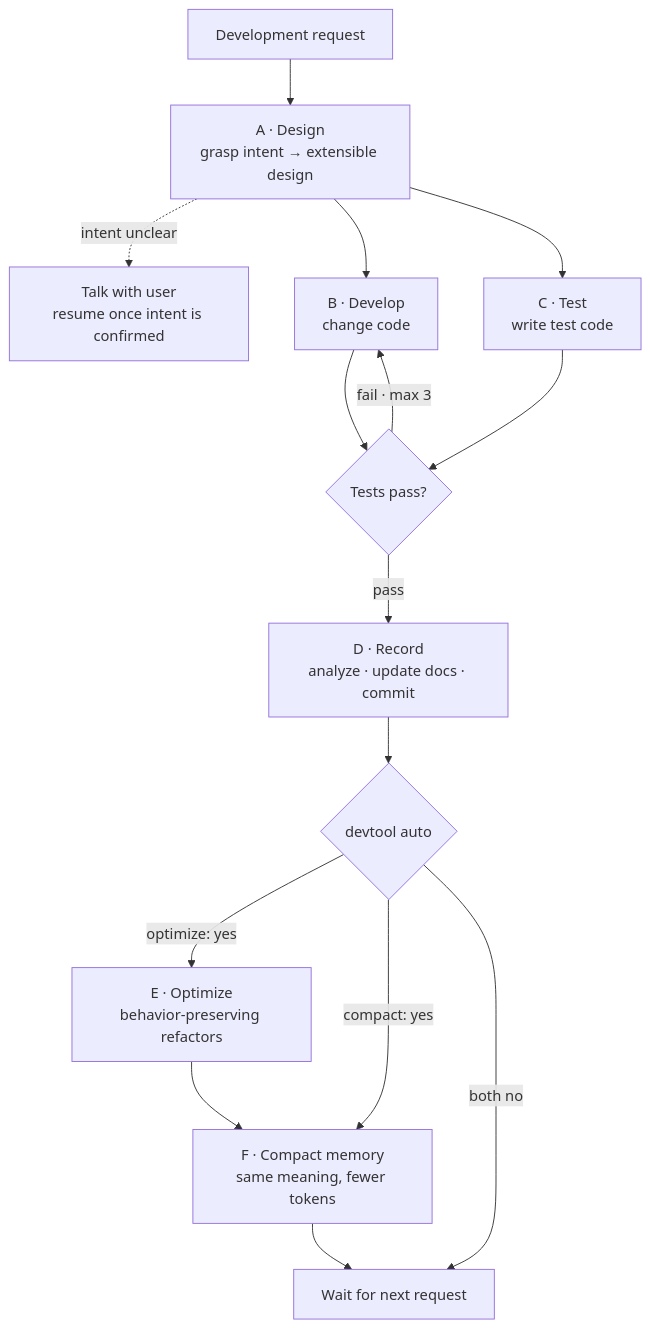
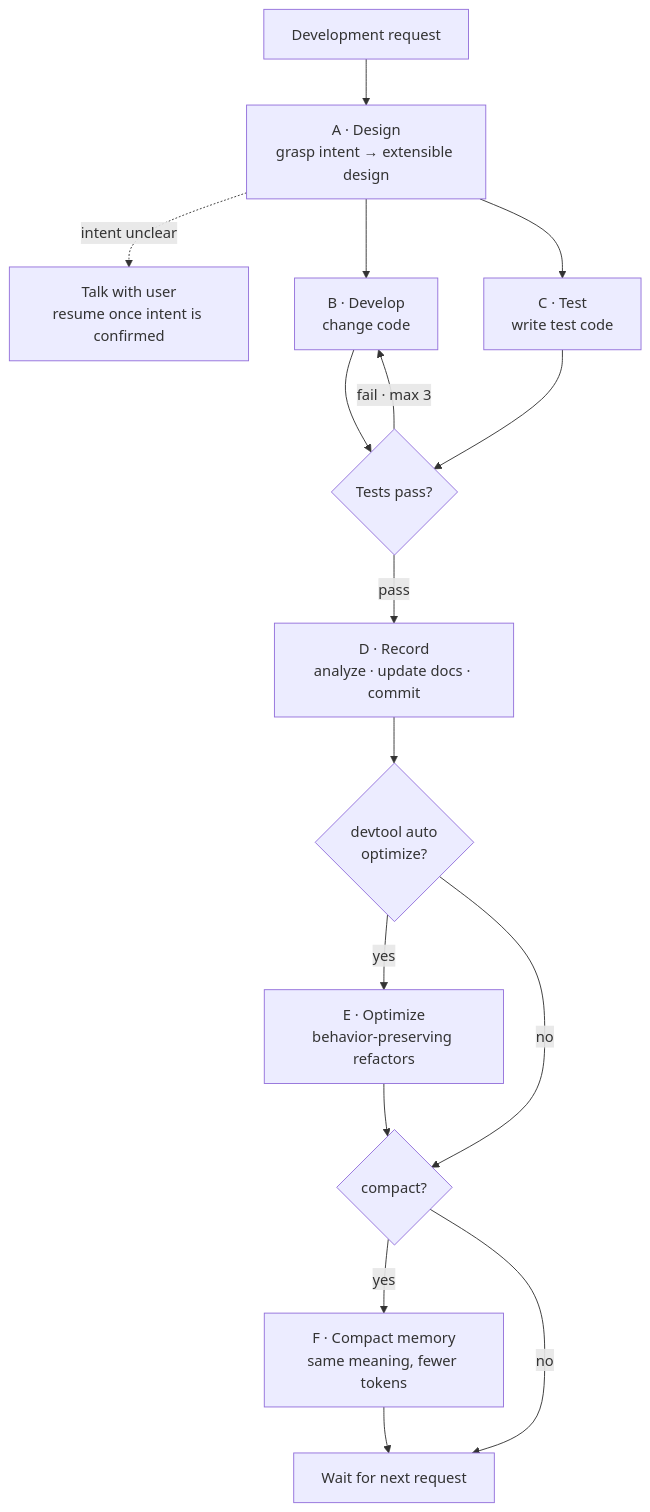
Before and after one commit to qkrwhdah03/work-pipeline: the first of 3 diagrams in dev/docs/design.md, drawn with Mermaid. The commit also changed other lines of this file and 16 other files, not shown here.

````diff
--- a/dev/docs/design.md
+++ b/dev/docs/design.md
@@ -107,17 +115,18 @@
 ```mermaid
 flowchart TD
     REQ[Development request] --> A["A · Design<br/>grasp intent → extensible design"]
     A -.->|intent unclear| ASK["Talk with user<br/>resume once intent is confirmed"]
     A --> B["B · Develop<br/>change code"]
     A --> C["C · Test<br/>write test code"]
     B --> T{Tests pass?}
     C --> T
     T -->|"fail · max 3"| B
     T -->|pass| D["D · Record<br/>analyze · update docs · commit"]
-    D --> H{"devtool auto"}
-    H -->|"optimize: yes"| E["E · Optimize<br/>behavior-preserving refactors"]
-    H -->|"compact: yes"| F["F · Compact memory<br/>same meaning, fewer tokens"]
-    E --> F
-    H -->|both no| W[Wait for next request]
+    D --> H{"devtool auto<br/>optimize?"}
+    H -->|yes| E["E · Optimize<br/>behavior-preserving refactors"]
+    H -->|no| K{"compact?"}
+    E --> K
+    K -->|yes| F["F · Compact memory<br/>same meaning, fewer tokens"]
+    K -->|no| W[Wait for next request]
     F --> W
 ```
````
